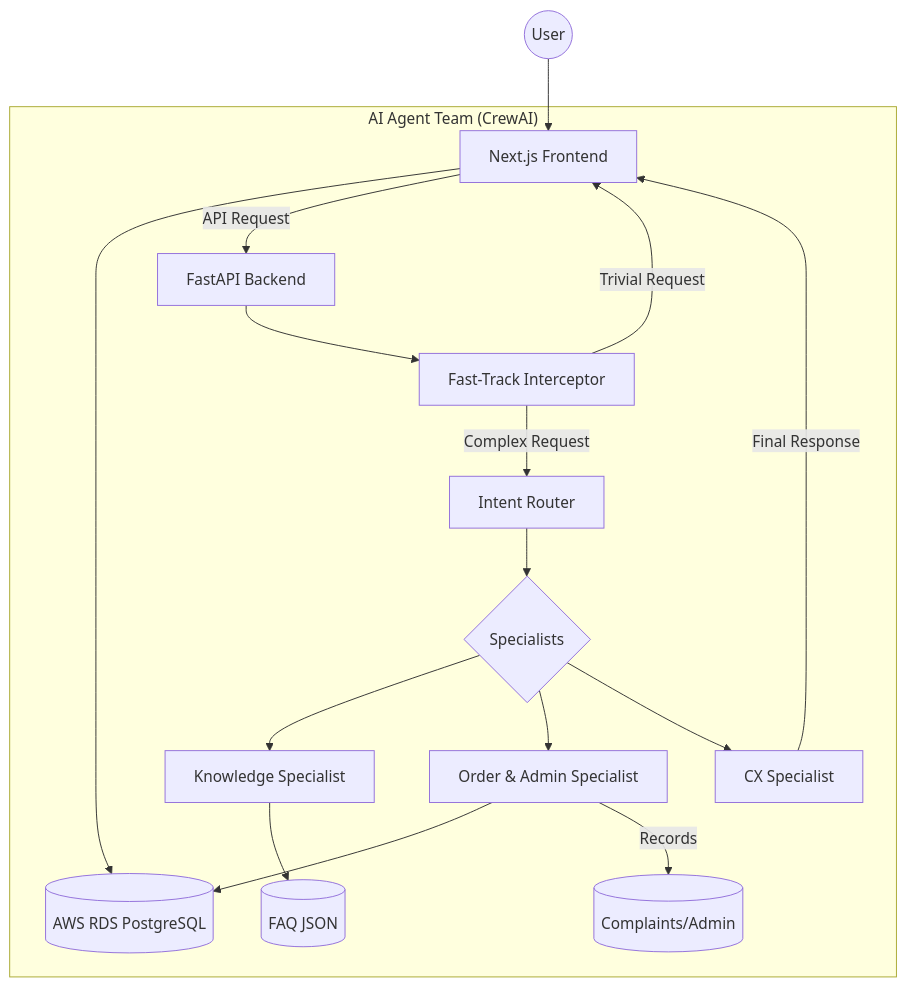
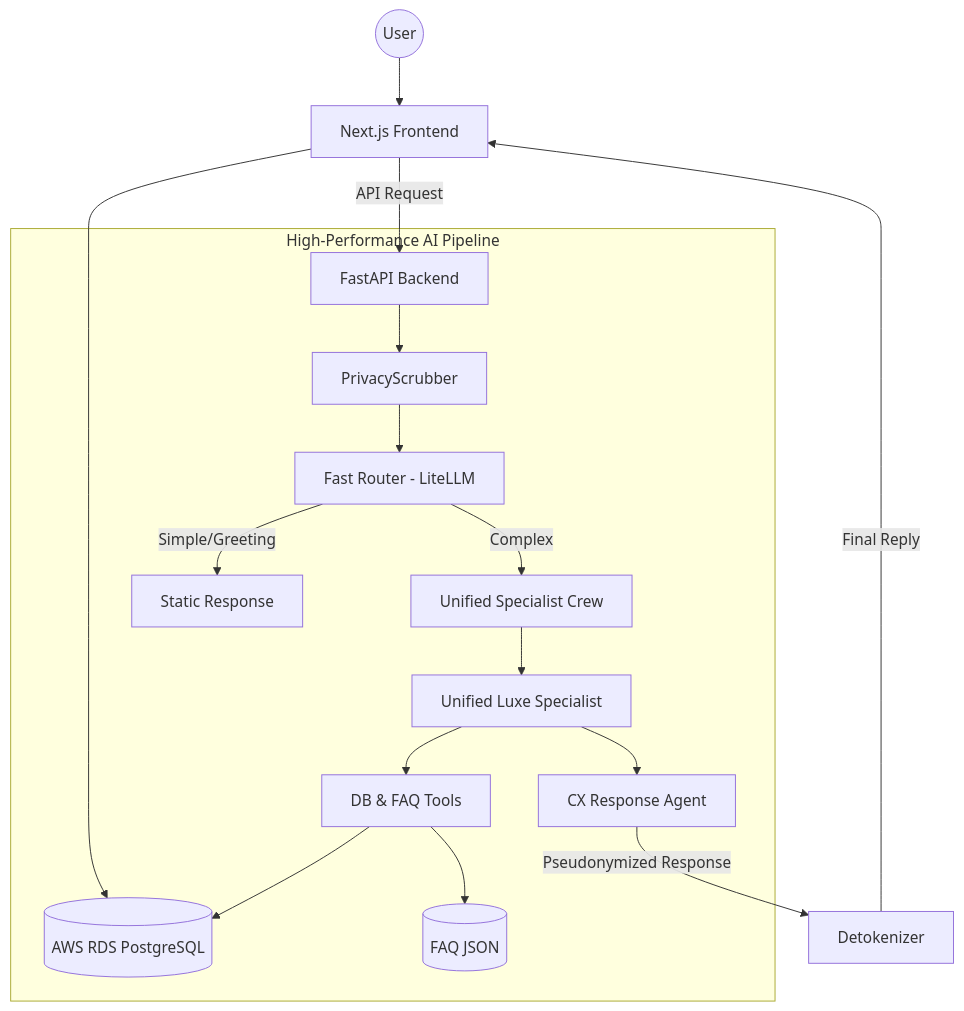
One commit to AliAlTaweel/ai_customer_support changed the diagram in README.md. Above: the diagram before and after it, drawn with Mermaid. The commit also changed other lines of this file and 14 other files, not shown here.

Commit message:
Fix: Resolve AI order hallucination and improve confirmation flow logic

````diff
--- a/README.md
+++ b/README.md
@@ -13,21 +13,21 @@
 ```mermaid
 graph TD
     User((User)) --> Frontend[Next.js Frontend]
     Frontend --> DB[(AWS RDS PostgreSQL)]
     Frontend -- "API Request" --> Backend[FastAPI Backend]
     
-    subgraph "AI Agent Team (CrewAI)"
-        Backend --> FastTrack[Fast-Track Interceptor]
-        FastTrack -- "Trivial Request" --> Frontend
-        FastTrack -- "Complex Request" --> Router[Intent Router]
-        Router --> Specialist{Specialists}
-        Specialist --> RAG[Knowledge Specialist]
-        Specialist --> Ops[Order & Admin Specialist]
-        RAG --> FAQ[(FAQ JSON)]
-        Ops --> DB
-        Ops -- "Records" --> Complaint[(Complaints/Admin)]
-        Specialist --> CX[CX Specialist]
+    subgraph "High-Performance AI Pipeline"
+        Backend --> Privacy[PrivacyScrubber]
+        Privacy --> Router[Fast Router - LiteLLM]
+        Router -- "Simple/Greeting" --> Greeting[Static Response]
+        Router -- "Complex" --> SpecialistCrew[Unified Specialist Crew]
+        SpecialistCrew --> UnifiedAgent[Unified Luxe Specialist]
+        UnifiedAgent --> Tools[DB & FAQ Tools]
+        Tools --> DB
+        Tools --> FAQ[(FAQ JSON)]
+        UnifiedAgent --> ResponseAgent[CX Response Agent]
     end
     
-    CX -- "Final Response" --> Frontend
+    ResponseAgent -- "Pseudonymized Response" --> Detokenize[Detokenizer]
+    Detokenize -- "Final Reply" --> Frontend
 ```
````
